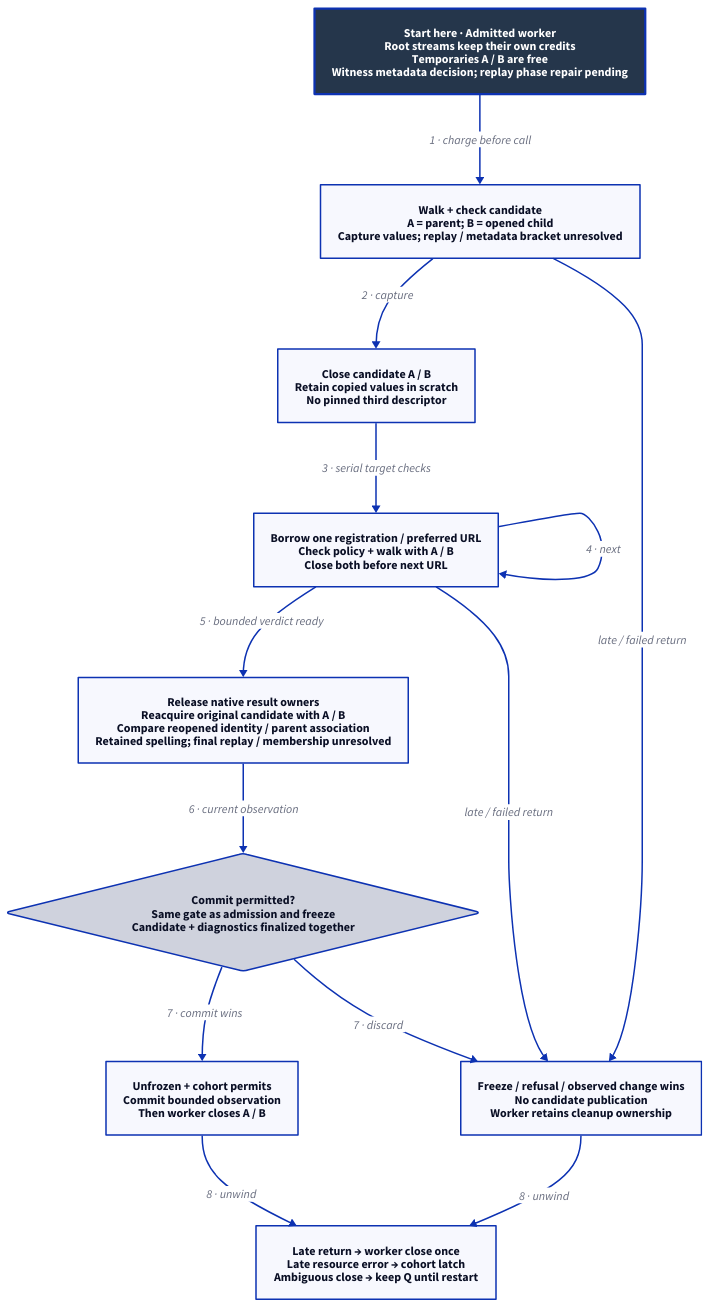
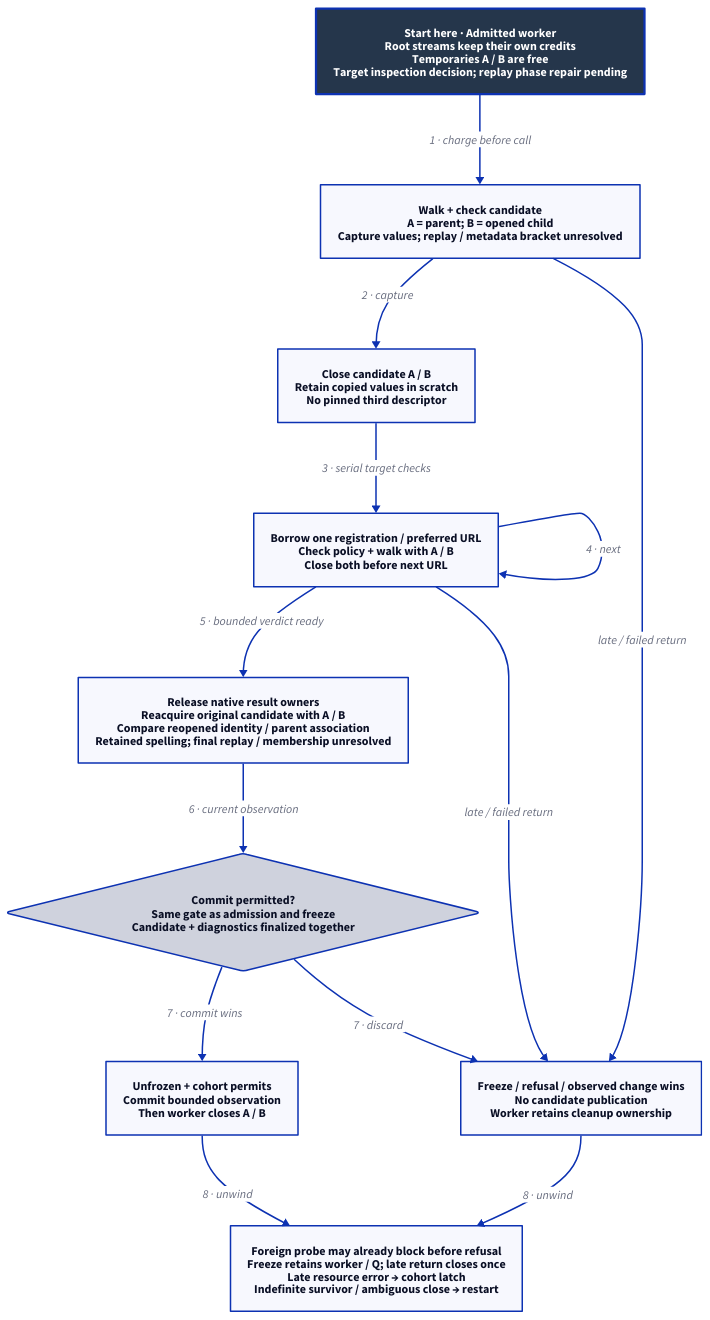
The diagram in docs/design/architecture/search-inspection.d2 (Linkuistics/Koine), drawn with D2 before and after one commit. The commit also changed 30 other files, not shown here.

```diff
--- a/docs/design/architecture/search-inspection.d2
+++ b/docs/design/architecture/search-inspection.d2
@@ -1,26 +1,26 @@
 # k119 constraints; region replay/metadata composition is incomplete.
 direction: down
 classes: {
   start: {style: {fill: "#25364B"; font-color: "#FFFFFF"; bold: true; stroke-width: 3}}
 }
-Start: "Start here · Admitted worker\nRoot streams keep their own credits\nTemporaries A / B are free\nWitness metadata decision; replay phase repair pending" {class: start}
+Start: "Start here · Admitted worker\nRoot streams keep their own credits\nTemporaries A / B are free\nTarget inspection decision; replay phase repair pending" {class: start}
 Candidate: "Walk + check candidate\nA = parent; B = opened child\nCapture values; replay / metadata bracket unresolved"
 Release: "Close candidate A / B\nRetain copied values in scratch\nNo pinned third descriptor"
 Targets: "Borrow one registration / preferred URL\nCheck policy + walk with A / B\nClose both before next URL"
 Recheck: "Release native result owners\nReacquire original candidate with A / B\nCompare reopened identity / parent association\nRetained spelling; final replay / membership unresolved"
 Gate: "Commit permitted?\nSame gate as admission and freeze\nCandidate + diagnostics finalized together" {shape: diamond}
 Commit: "Unfrozen + cohort permits\nCommit bounded observation\nThen worker closes A / B"
 Discard: "Freeze / refusal / observed change wins\nNo candidate publication\nWorker retains cleanup ownership"
-Cleanup: "Late return → worker close once\nLate resource error → cohort latch\nAmbiguous close → keep Q until restart"
+Cleanup: "Foreign probe may already block before refusal\nFreeze retains worker / Q; late return closes once\nLate resource error → cohort latch\nIndefinite survivor / ambiguous close → restart"
 Start -> Candidate: "1 · charge before call"
 Candidate -> Release: "2 · capture"
 Release -> Targets: "3 · serial target checks"
 Targets -> Targets: "4 · next"
 Targets -> Recheck: "5 · bounded verdict ready"
 Recheck -> Gate: "6 · current observation"
 Gate -> Commit: "7 · commit wins"
 Gate -> Discard: "7 · discard"
 Candidate -> Discard: "late / failed return"
 Targets -> Discard: "late / failed return"
 Commit -> Cleanup: "8 · unwind"
 Discard -> Cleanup: "8 · unwind"
```
